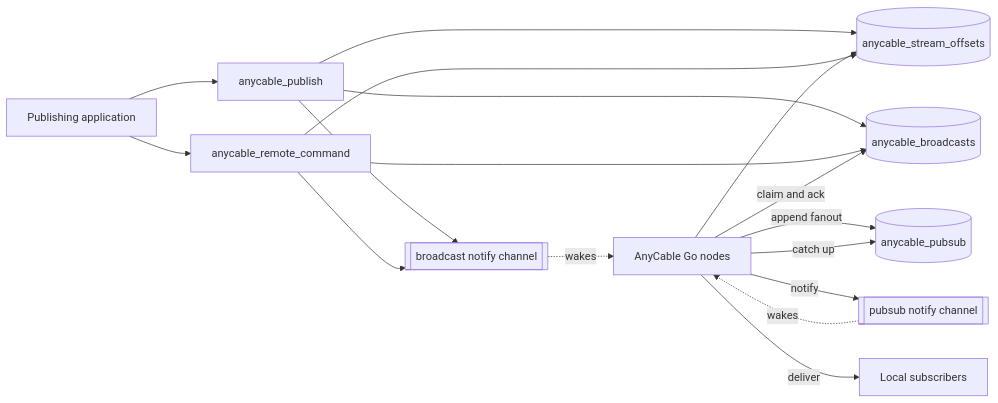
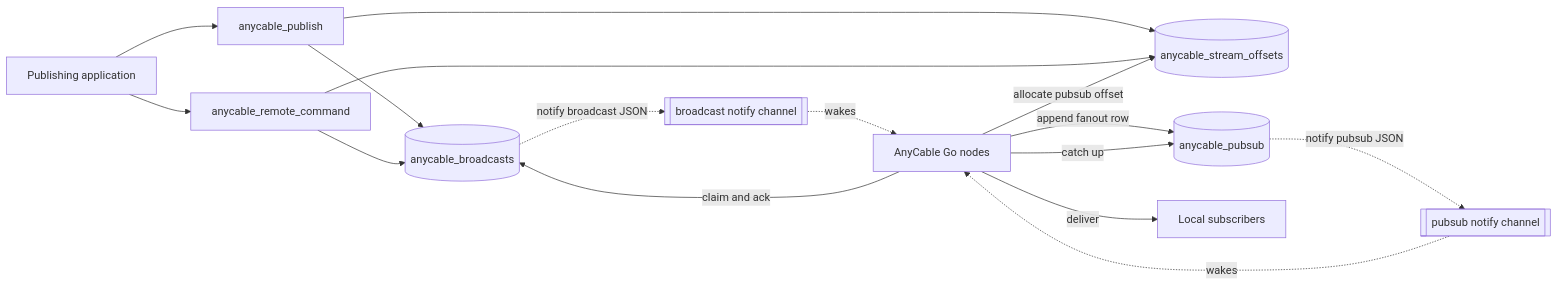
One commit to anycable/anycable changed the first of 2 diagrams in docs/postgres-signalling-plan.md. Above: the diagram before and after it, drawn with Mermaid. The commit also changed other lines of this file, not shown here.

Commit message:
Specify Postgres notify payload contracts

````diff
--- a/docs/postgres-signalling-plan.md
+++ b/docs/postgres-signalling-plan.md
@@ -35,30 +43,29 @@
 ```mermaid
 flowchart LR
   App[Publishing application]
   FnPublish[anycable_publish]
   FnRemote[anycable_remote_command]
   Offsets[(anycable_stream_offsets)]
   Broadcasts[(anycable_broadcasts)]
   BroadcastNotify[[broadcast notify channel]]
   Go[AnyCable Go nodes]
   PubSub[(anycable_pubsub)]
   PubSubNotify[[pubsub notify channel]]
   Subscribers[Local subscribers]
 
   App --> FnPublish
   App --> FnRemote
   FnPublish --> Offsets
   FnRemote --> Offsets
   FnPublish --> Broadcasts
   FnRemote --> Broadcasts
-  FnPublish --> BroadcastNotify
-  FnRemote --> BroadcastNotify
+  Broadcasts -. notify broadcast JSON .-> BroadcastNotify
   BroadcastNotify -. wakes .-> Go
   Go -- claim and ack --> Broadcasts
-  Go --> Offsets
-  Go -- append fanout --> PubSub
-  Go -- notify --> PubSubNotify
+  Go -- allocate pubsub offset --> Offsets
+  Go -- append fanout row --> PubSub
+  PubSub -. notify pubsub JSON .-> PubSubNotify
   PubSubNotify -. wakes .-> Go
   Go -- catch up --> PubSub
   Go -- deliver --> Subscribers
 ```
````
